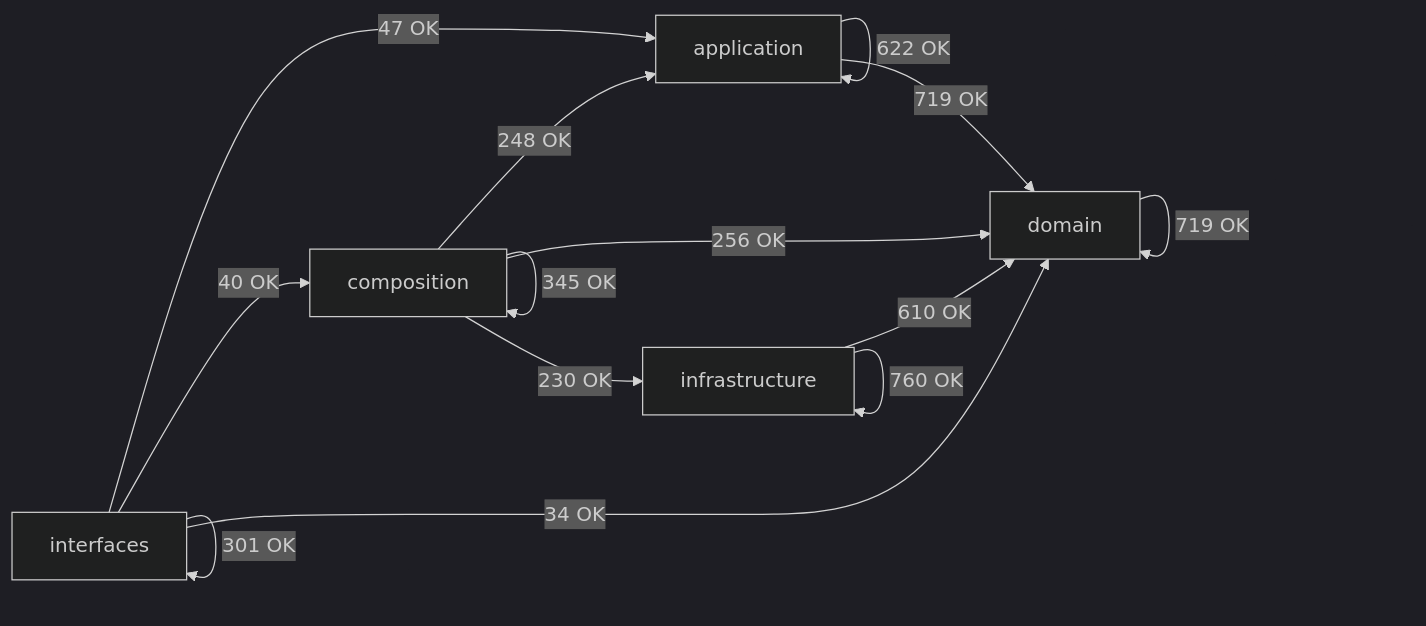
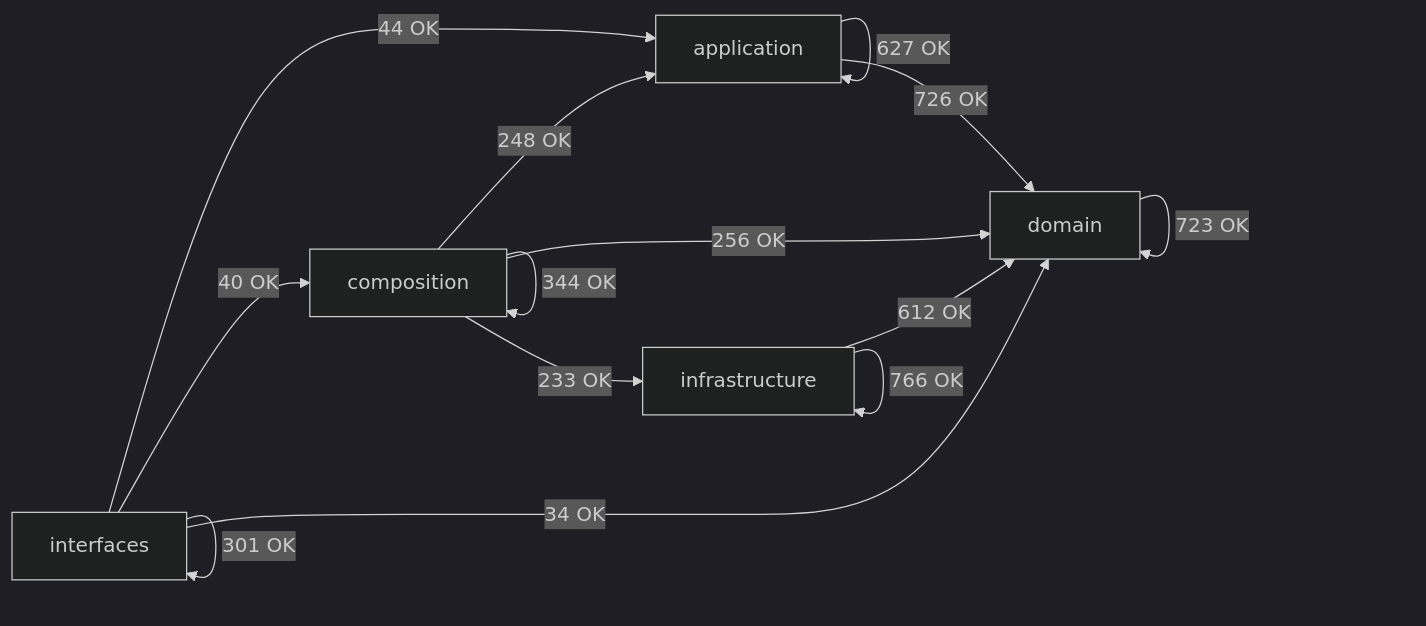
One commit to SatoryKono/BioactivityDataAcquisition changed the diagram in docs/02-architecture/generated/module-dependency-map.md. Above: the diagram before and after it, drawn with Mermaid (dark theme). The commit also changed other lines of this file and 42 other files, not shown here.

````diff
--- a/docs/02-architecture/generated/module-dependency-map.md
+++ b/docs/02-architecture/generated/module-dependency-map.md
@@ -17,21 +17,21 @@
 ```mermaid
 flowchart LR
     domain[domain]
     application[application]
     infrastructure[infrastructure]
     composition[composition]
     interfaces[interfaces]
-    application -->|622 OK| application
-    application -->|719 OK| domain
+    application -->|627 OK| application
+    application -->|726 OK| domain
     composition -->|248 OK| application
-    composition -->|345 OK| composition
+    composition -->|344 OK| composition
     composition -->|256 OK| domain
-    composition -->|230 OK| infrastructure
-    domain -->|719 OK| domain
-    infrastructure -->|610 OK| domain
-    infrastructure -->|760 OK| infrastructure
-    interfaces -->|47 OK| application
+    composition -->|233 OK| infrastructure
+    domain -->|723 OK| domain
+    infrastructure -->|612 OK| domain
+    infrastructure -->|766 OK| infrastructure
+    interfaces -->|44 OK| application
     interfaces -->|40 OK| composition
     interfaces -->|34 OK| domain
     interfaces -->|301 OK| interfaces
 ```
````
